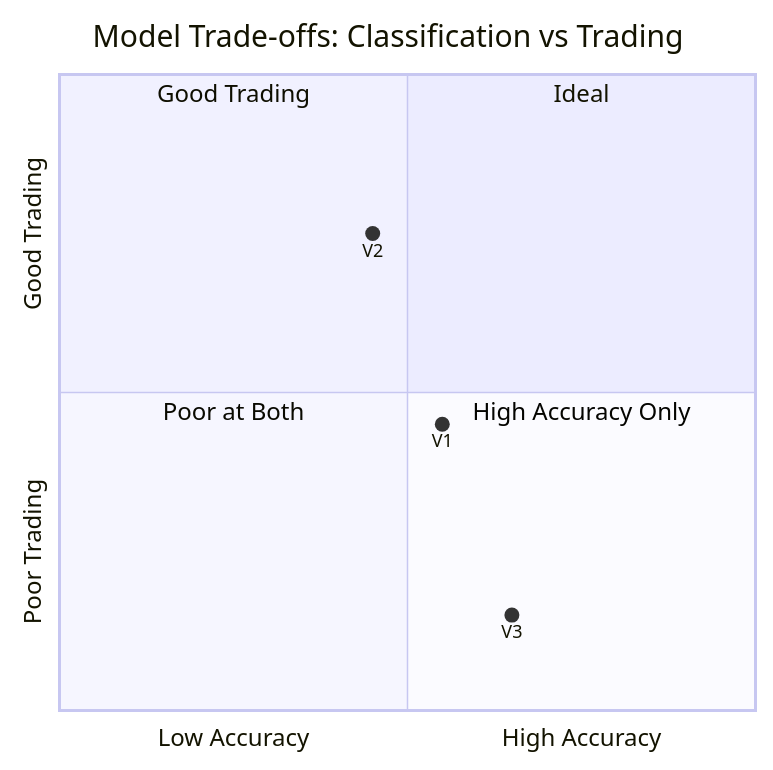
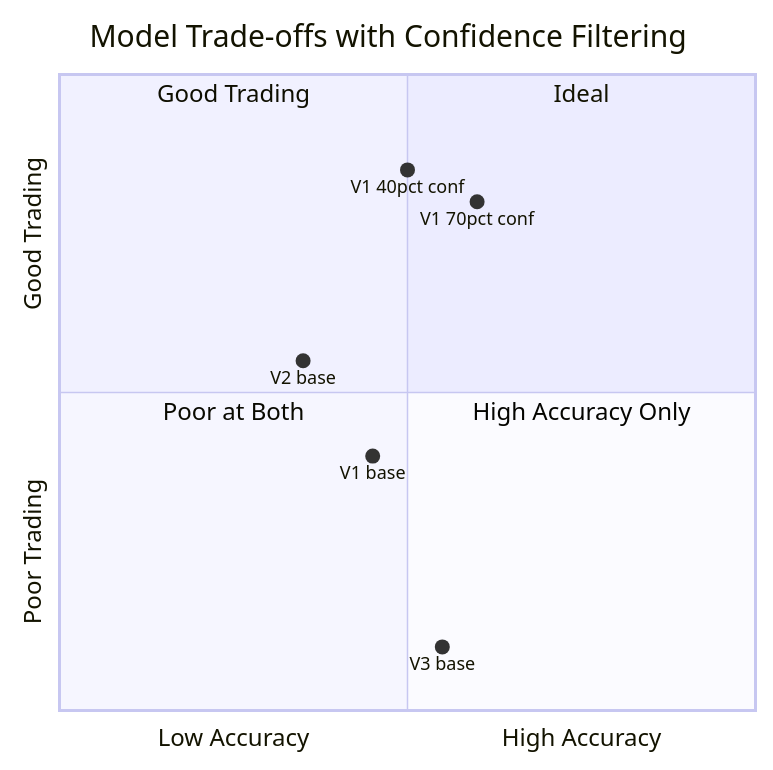
Before and after one commit to michaelzus/FinTweet-ML: the first of 16 diagrams in docs/RESULTS.md, drawn with Mermaid. The commit also changed other lines of this file, not shown here.

Commit message:
docs: Revise RESULTS.md to highlight impact of confidence filtering on model performance
- Updated key findings to emphasize that confidence filtering transforms V1 into a profitable model.
- Revised quadrant chart and model recommendations to reflect new trading profitability metrics and statistical significance with confidence thresholds.

````diff
--- a/docs/RESULTS.md
+++ b/docs/RESULTS.md
@@ -14,13 +14,15 @@
 ```mermaid
 quadrantChart
-    title Model Trade-offs: Classification vs Trading
+    title Model Trade-offs with Confidence Filtering
     x-axis Low Accuracy --> High Accuracy
     y-axis Poor Trading --> Good Trading
     quadrant-1 Ideal
     quadrant-2 Good Trading
     quadrant-3 Poor at Both
     quadrant-4 High Accuracy Only
-    V1: [0.55, 0.45]
-    V2: [0.45, 0.75]
-    V3: [0.65, 0.15]
+    V1 base: [0.45, 0.40]
+    V2 base: [0.35, 0.55]
+    V3 base: [0.55, 0.10]
+    V1 40pct conf: [0.50, 0.85]
+    V1 70pct conf: [0.60, 0.80]
 ```
````
